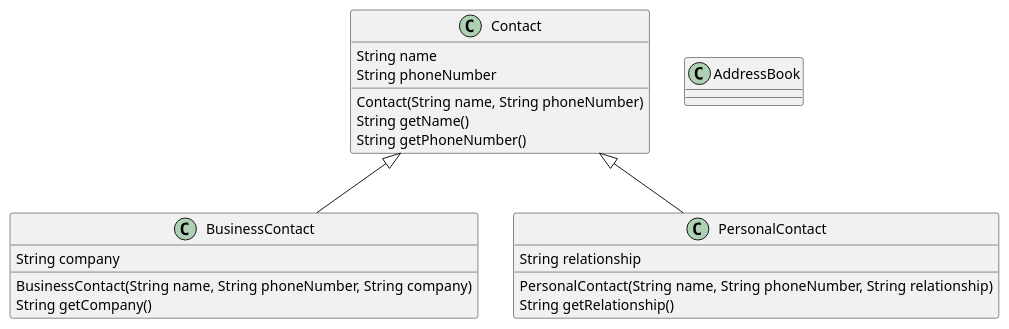
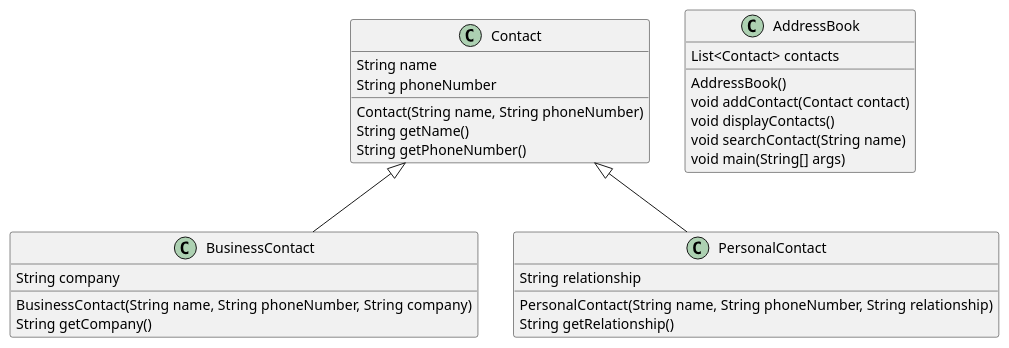
Before and after one commit to yoonjong-j/Java-Study: the diagram in src/Quiz/WeeklyQuiz/DataStructures/ContactUML.puml, drawn with PlantUML. The commit also changed 1 other file, not shown here.

Commit message:
AddressBook 수정 / puml 수정

```diff
--- a/src/Quiz/WeeklyQuiz/DataStructures/ContactUML.puml
+++ b/src/Quiz/WeeklyQuiz/DataStructures/ContactUML.puml
@@ -1,22 +1,29 @@
 @startuml
 
 class Contact {
     String name
     String phoneNumber
     Contact(String name, String phoneNumber)
     String getName()
     String getPhoneNumber()
 }
 class BusinessContact extends Contact {
     String company
     BusinessContact(String name, String phoneNumber, String company)
     String getCompany()
 }
 class PersonalContact extends Contact {
     String relationship
     PersonalContact(String name, String phoneNumber, String relationship)
     String getRelationship()
 }
-class AddressBook
+class AddressBook {
+    List<Contact> contacts
+    AddressBook()
+    void addContact(Contact contact)
+    void displayContacts()
+    void searchContact(String name)
+    void main(String[] args)
+}
 
 @enduml
```
